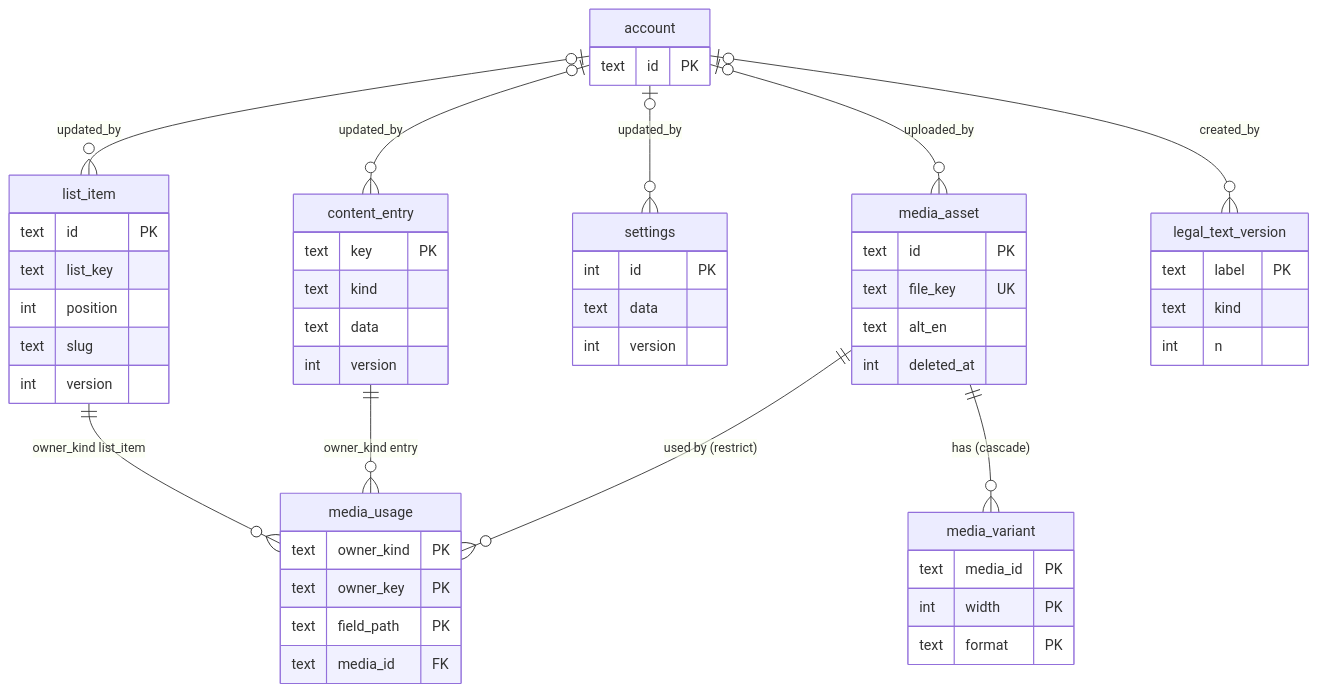
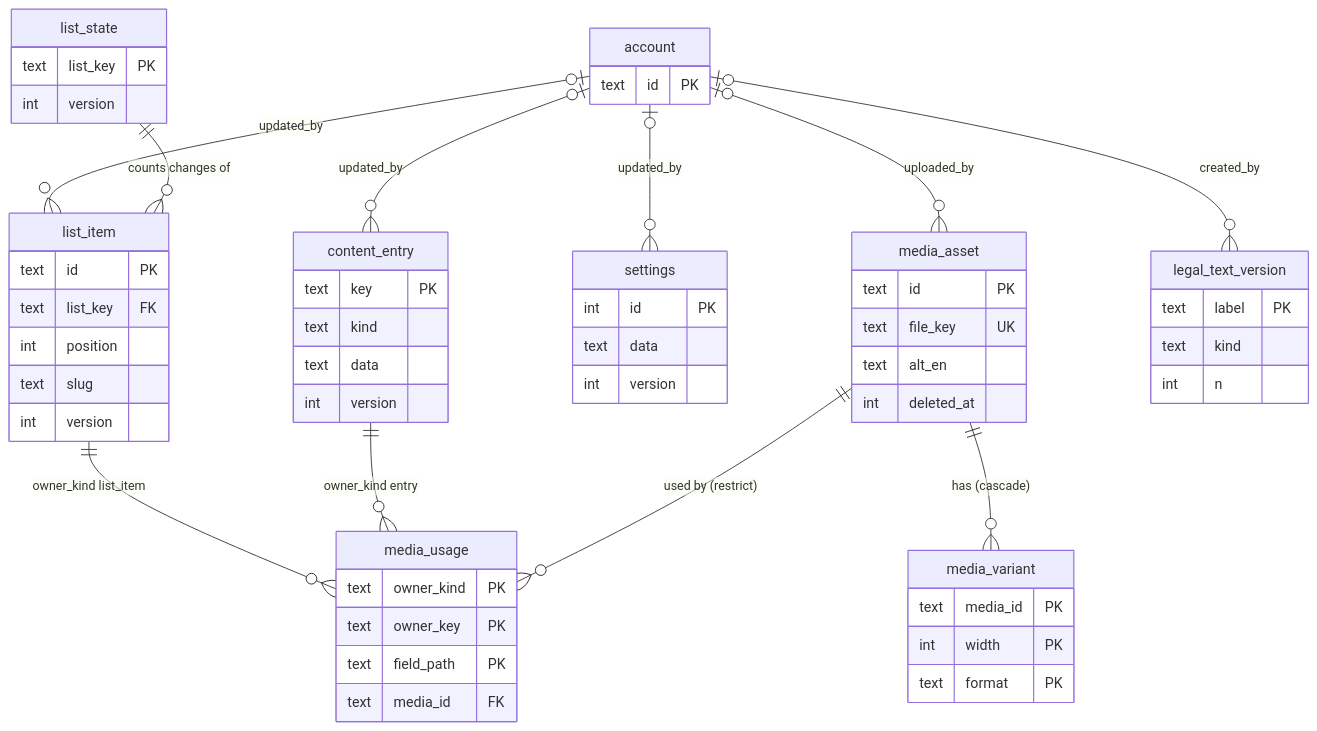
One commit to smsalama/jazz_casa_del_mar_hub changed the second of 3 diagrams in docs/data-model.md. Above: the diagram before and after it, drawn with Mermaid. The commit also changed other lines of this file, not shown here.

First line of the commit message:
Data model: list order version, read state, T2 pending marks, 13.3 status, regenerated appendices

````diff
--- a/docs/data-model.md
+++ b/docs/data-model.md
@@ -117,55 +117,60 @@
 ```mermaid
 erDiagram
   content_entry {
     text key PK
     text kind
     text data
     int version
   }
+  list_state {
+    text list_key PK
+    int version
+  }
   list_item {
     text id PK
-    text list_key
+    text list_key FK
     int position
     text slug
     int version
   }
   settings {
     int id PK
     text data
     int version
   }
   media_asset {
     text id PK
     text file_key UK
     text alt_en
     int deleted_at
   }
   media_variant {
     text media_id PK
     int width PK
     text format PK
   }
   media_usage {
     text owner_kind PK
     text owner_key PK
     text field_path PK
     text media_id FK
   }
   legal_text_version {
     text label PK
     text kind
     int n
   }
+  list_state ||--o{ list_item : "counts changes of"
   account |o--o{ content_entry : "updated_by"
   account |o--o{ list_item : "updated_by"
   account |o--o{ settings : "updated_by"
   account |o--o{ media_asset : "uploaded_by"
   account |o--o{ legal_text_version : "created_by"
   media_asset ||--o{ media_variant : "has (cascade)"
   media_asset ||--o{ media_usage : "used by (restrict)"
   content_entry ||--o{ media_usage : "owner_kind entry"
   list_item ||--o{ media_usage : "owner_kind list_item"
   account {
     text id PK
   }
 ```
````
